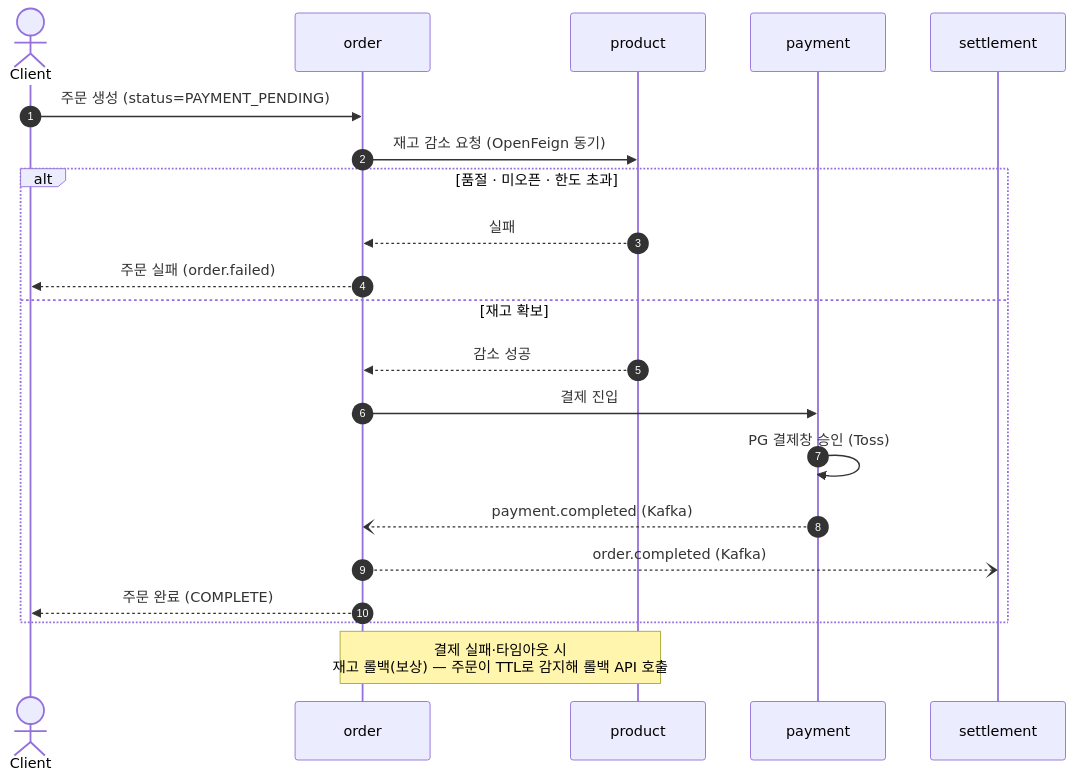
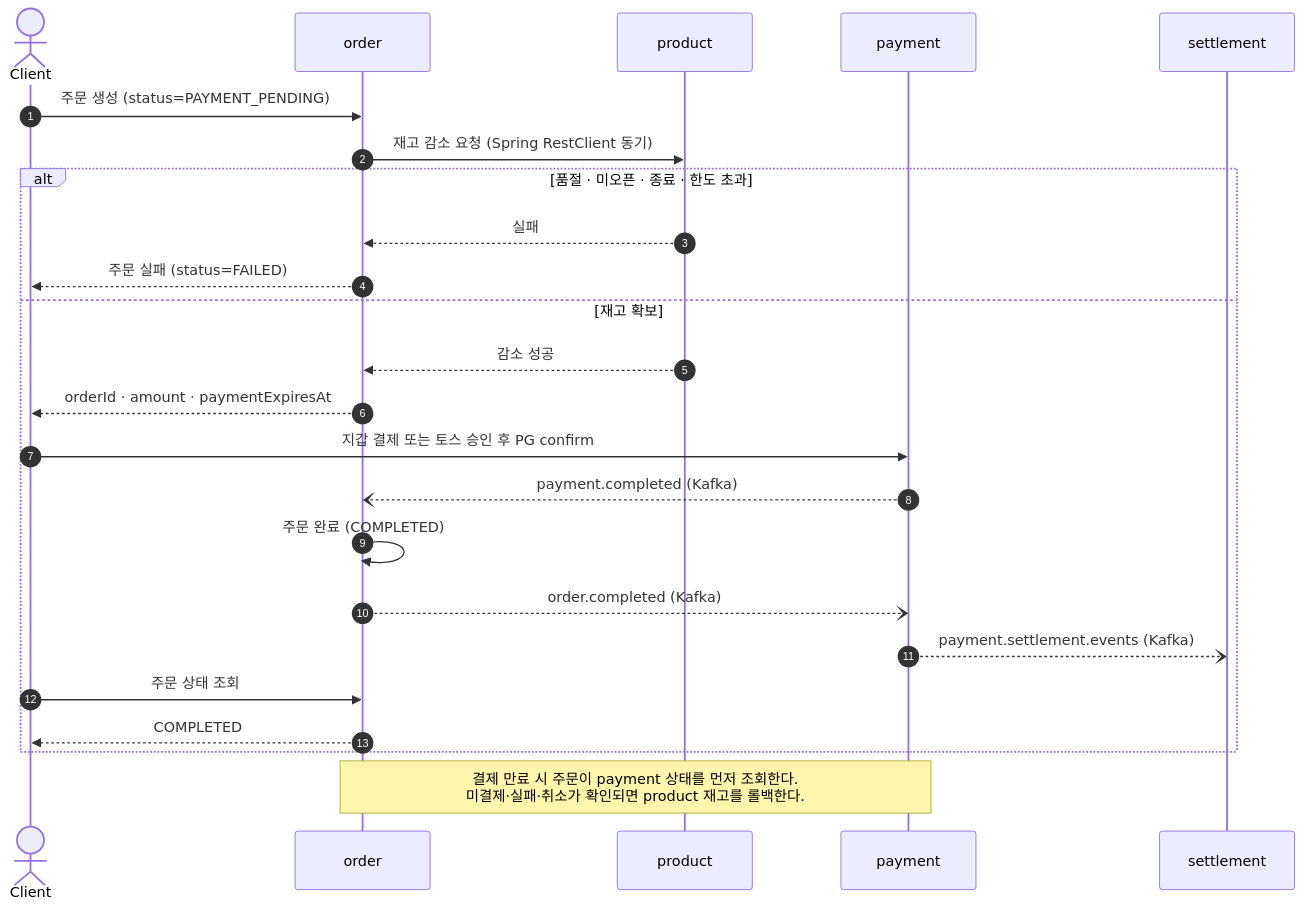
One commit to prgrms-be-adv-devcourse/beadv6_6_Let-sGPT_BE changed the second of 2 diagrams in README.md. Above: the diagram before and after it, drawn with Mermaid. The commit also changed other lines of this file and 25 other files, not shown here.

````diff
--- a/README.md
+++ b/README.md
@@ -106,26 +117,29 @@
 ```mermaid
 sequenceDiagram
     autonumber
     actor C as Client
     participant O as order
     participant P as product
     participant Pay as payment
     participant S as settlement
 
     C->>O: 주문 생성 (status=PAYMENT_PENDING)
-    O->>P: 재고 감소 요청 (OpenFeign 동기)
+    O->>P: 재고 감소 요청 (Spring RestClient 동기)
 
-    alt 품절 · 미오픈 · 한도 초과
+    alt 품절 · 미오픈 · 종료 · 한도 초과
         P-->>O: 실패
-        O-->>C: 주문 실패 (order.failed)
+        O-->>C: 주문 실패 (status=FAILED)
     else 재고 확보
         P-->>O: 감소 성공
-        O->>Pay: 결제 진입
-        Pay->>Pay: PG 결제창 승인 (Toss)
+        O-->>C: orderId · amount · paymentExpiresAt
+        C->>Pay: 지갑 결제 또는 토스 승인 후 PG confirm
         Pay--)O: payment.completed (Kafka)
-        O--)S: order.completed (Kafka)
-        O-->>C: 주문 완료 (COMPLETE)
+        O->>O: 주문 완료 (COMPLETED)
+        O--)Pay: order.completed (Kafka)
+        Pay--)S: payment.settlement.events (Kafka)
+        C->>O: 주문 상태 조회
+        O-->>C: COMPLETED
     end
 
-    Note over O,P: 결제 실패·타임아웃 시<br/>재고 롤백(보상) — 주문이 TTL로 감지해 롤백 API 호출
+    Note over O,Pay: 결제 만료 시 주문이 payment 상태를 먼저 조회한다.<br/>미결제·실패·취소가 확인되면 product 재고를 롤백한다.
 ```
````
